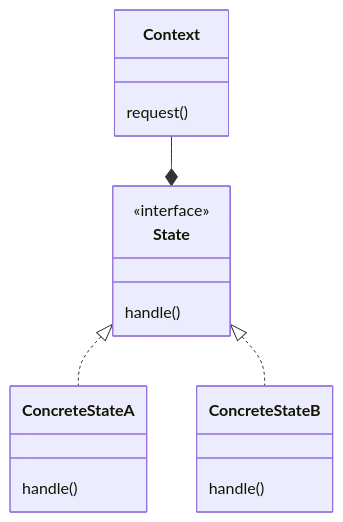
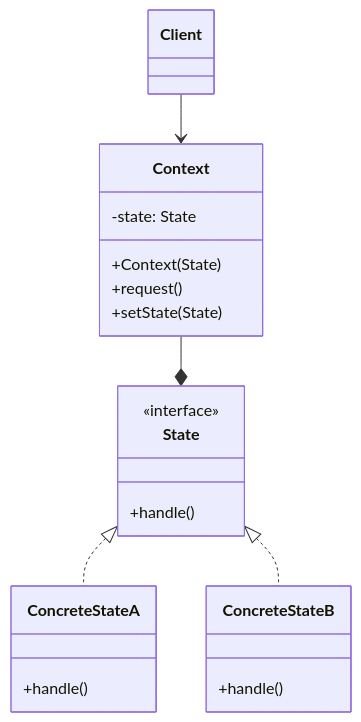
The first of 6 diagrams in _drafts/skills/state-pattern.md (choesimin/choesimin.github.io), drawn with Mermaid before and after one commit. The commit also changed other lines of this file, not shown here.

````diff
--- a/_drafts/skills/state-pattern.md
+++ b/_drafts/skills/state-pattern.md
@@ -68,24 +57,33 @@
 ```mermaid
 classDiagram
 
+class Client
+
 class Context {
-    request()
+    -state: State
+
+    +Context(State)
+
+    +request()
+    +setState(State)
 }
 
 class State {
     <<interface>>
-    handle()
+    +handle()
 }
 
 class ConcreteStateA {
-    handle()
+    +handle()
 }
 
 class ConcreteStateB {
-    handle()
+    +handle()
 }
+
+Client --> Context
 
 Context --* State
 State <|.. ConcreteStateA
 State <|.. ConcreteStateB
 ```
````
